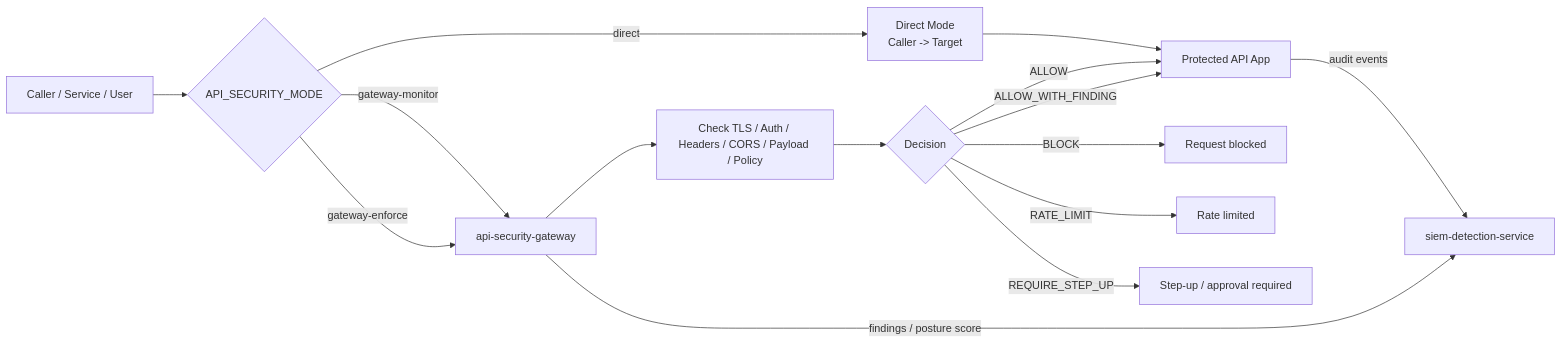
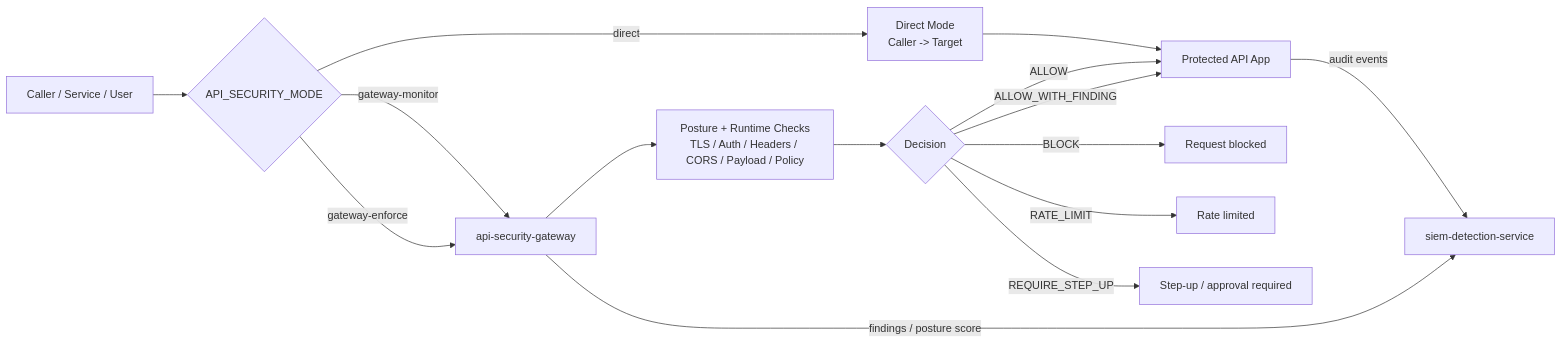
Diagram 11 of 15 in docs/diagrams.md (i-m-rish/luffy), drawn with Mermaid before and after one commit. The commit also changed other lines of this file, not shown here.

Commit message:
Expand Mermaid diagrams documentation

````diff
--- a/docs/diagrams.md
+++ b/docs/diagrams.md
@@ -227,26 +498,27 @@
 ```mermaid
 flowchart LR
     CALLER[Caller / Service / User]
     MODE{API_SECURITY_MODE}
     DIRECT[Direct Mode<br/>Caller -> Target]
     GATEWAY[api-security-gateway]
+    CHECKS[Posture + Runtime Checks<br/>TLS / Auth / Headers / CORS / Payload / Policy]
+    DECISION{Decision}
     TARGET[Protected API App]
     SIEM[siem-detection-service]
 
     CALLER --> MODE
     MODE -->|direct| DIRECT --> TARGET
     MODE -->|gateway-monitor| GATEWAY
     MODE -->|gateway-enforce| GATEWAY
 
-    GATEWAY --> CHECKS[Check TLS / Auth / Headers / CORS / Payload / Policy]
-    CHECKS --> DECISION{Decision}
+    GATEWAY --> CHECKS --> DECISION
 
     DECISION -->|ALLOW| TARGET
     DECISION -->|ALLOW_WITH_FINDING| TARGET
     DECISION -->|BLOCK| BLOCKED[Request blocked]
     DECISION -->|RATE_LIMIT| LIMITED[Rate limited]
     DECISION -->|REQUIRE_STEP_UP| STEPUP[Step-up / approval required]
 
     GATEWAY -->|findings / posture score| SIEM
     TARGET -->|audit events| SIEM
 ```
````
